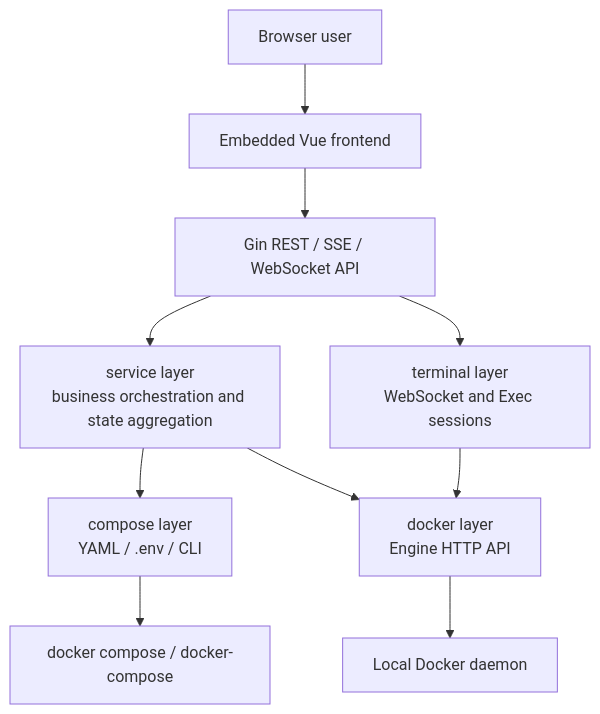
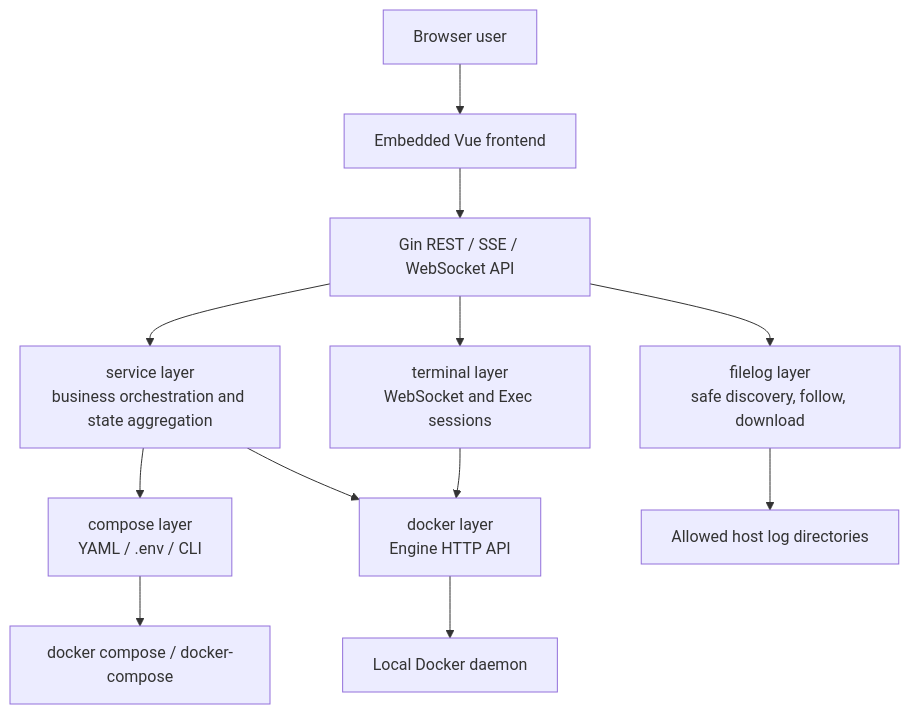
One commit to fengin/compose-board changed the diagram in README.EN.md. Above: the diagram before and after it, drawn with Mermaid. The commit also changed other lines of this file and 50 other files, not shown here.

````diff
--- a/README.EN.md
+++ b/README.EN.md
@@ -56,12 +58,14 @@
 ```mermaid
 flowchart TB
     User["Browser user"] --> Web["Embedded Vue frontend"]
     Web --> API["Gin REST / SSE / WebSocket API"]
     API --> Service["service layer<br>business orchestration and state aggregation"]
     Service --> Compose["compose layer<br>YAML / .env / CLI"]
     Service --> Docker["docker layer<br>Engine HTTP API"]
+    API --> FileLog["filelog layer<br>safe discovery, follow, download"]
     API --> Terminal["terminal layer<br>WebSocket and Exec sessions"]
+    FileLog --> HostFiles["Allowed host log directories"]
     Terminal --> Docker
     Compose --> ComposeCLI["docker compose / docker-compose"]
     Docker --> DockerEngine["Local Docker daemon"]
 ```
````
